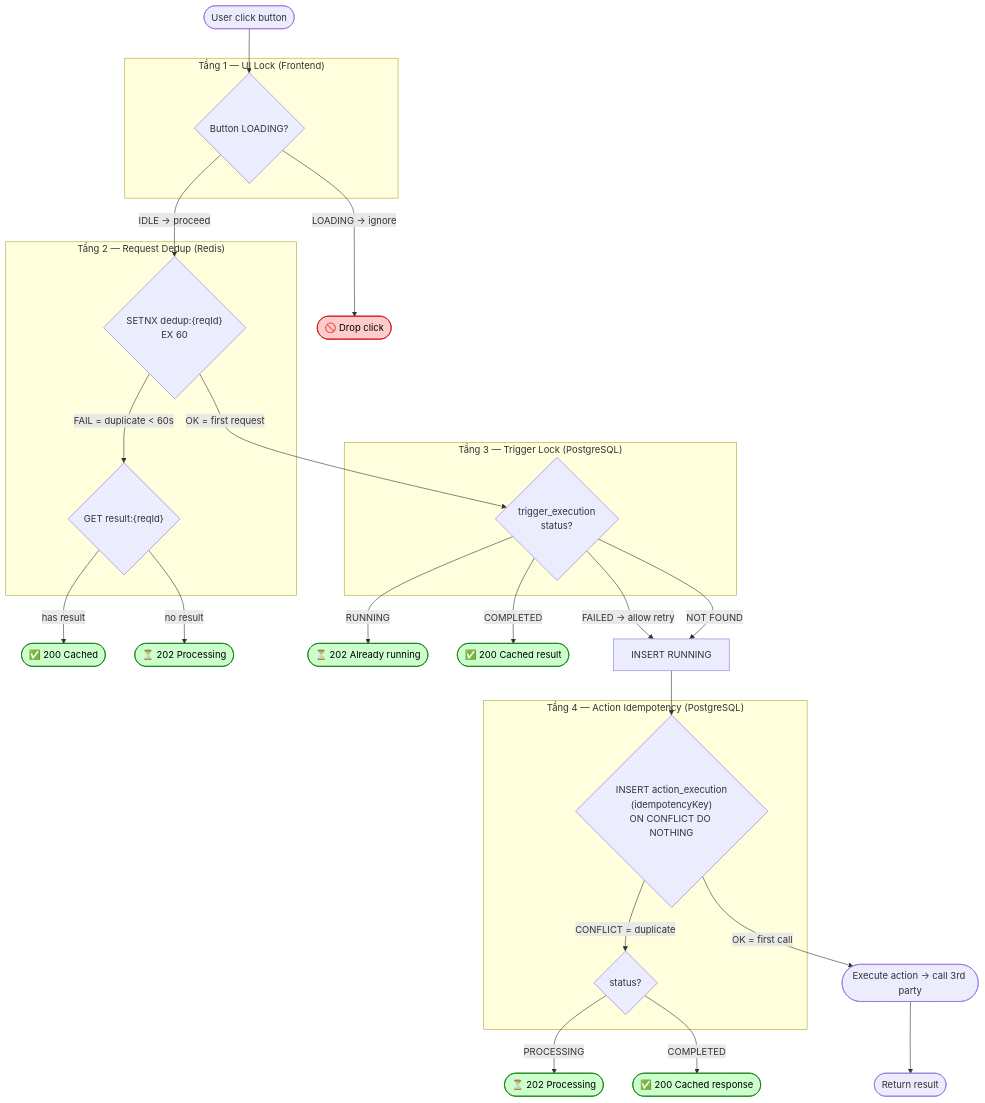
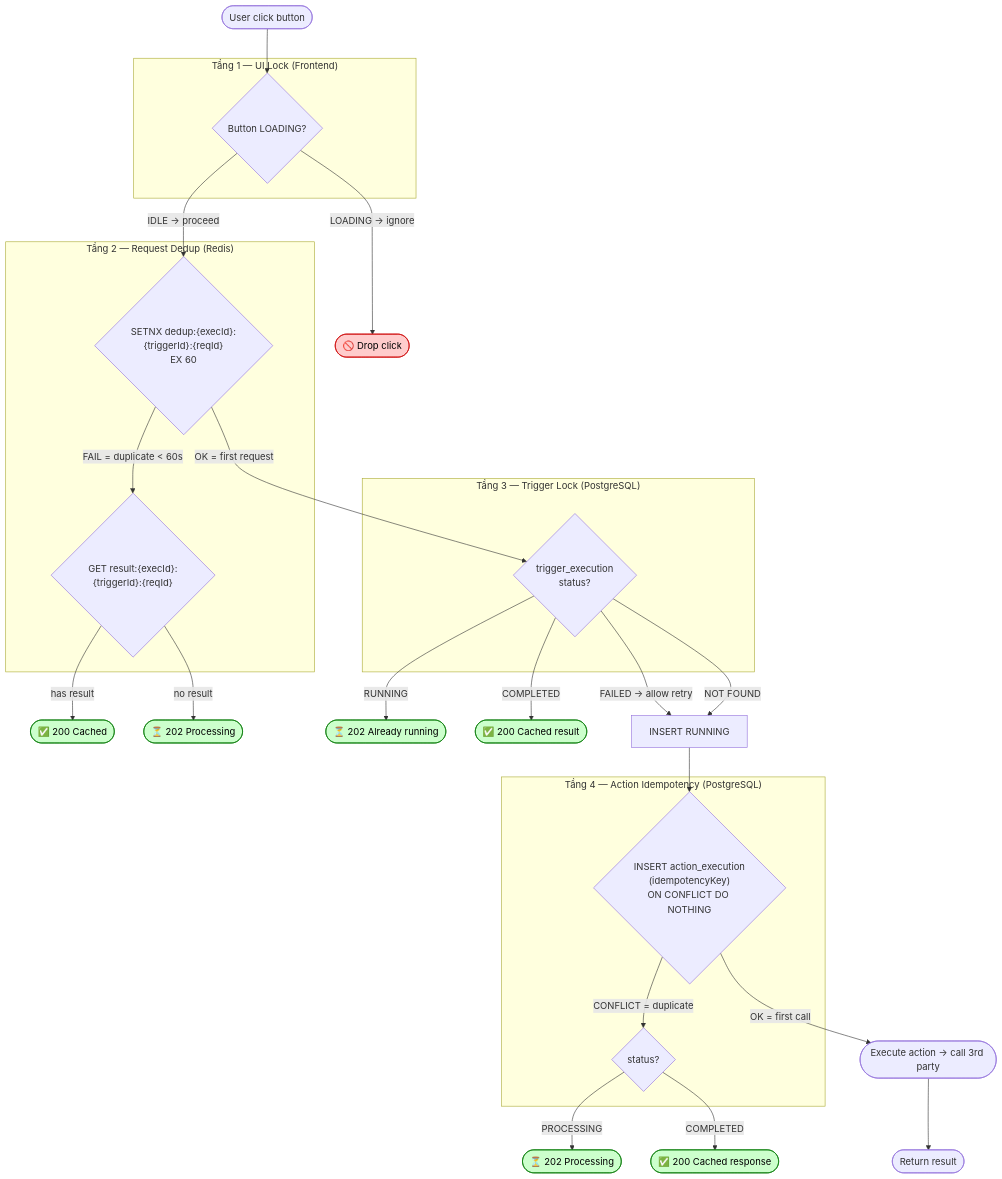
One commit to minhvip08/console changed the seventh of 17 diagrams in docs/flow.md. Above: the diagram before and after it, drawn with Mermaid. The commit also changed other lines of this file and 55 other files, not shown here.

````diff
--- a/docs/flow.md
+++ b/docs/flow.md
@@ -366,51 +366,51 @@
 ```mermaid
 flowchart TD
     classDef blocked fill:#ffcccc,stroke:#cc0000,color:#000
     classDef pass    fill:#ccffcc,stroke:#007700,color:#000
     classDef layer   fill:#e8f4fd,stroke:#1a73e8,color:#000
 
     START([User click button])
 
     subgraph L1["Tầng 1 — UI Lock (Frontend)"]
         T1{Button LOADING?}
     end
 
     subgraph L2["Tầng 2 — Request Dedup (Redis)"]
-        T2{"SETNX dedup:{reqId}\nEX 60"}
-        T2b{"GET result:{reqId}"}
+        T2{"SETNX dedup:{execId}:{triggerId}:{reqId}\nEX 60"}
+        T2b{"GET result:{execId}:{triggerId}:{reqId}"}
     end
 
     subgraph L3["Tầng 3 — Trigger Lock (PostgreSQL)"]
         T3{trigger_execution\nstatus?}
     end
 
     subgraph L4["Tầng 4 — Action Idempotency (PostgreSQL)"]
         T4{"INSERT action_execution\n(idempotencyKey)\nON CONFLICT DO NOTHING"}
         T4b{status?}
     end
 
     EXEC([Execute action → call 3rd party])
     DONE([Return result])
 
     START --> T1
     T1 -->|"LOADING → ignore"| BLOCKED1([🚫 Drop click]):::blocked
     T1 -->|"IDLE → proceed"| T2
 
     T2 -->|"FAIL = duplicate < 60s"| T2b
     T2b -->|"has result"| CACHED1([✅ 200 Cached]):::pass
     T2b -->|"no result"| PROC1([⏳ 202 Processing]):::pass
     T2 -->|"OK = first request"| T3
 
     T3 -->|"RUNNING"| PROC2([⏳ 202 Already running]):::pass
     T3 -->|"COMPLETED"| CACHED2([✅ 200 Cached result]):::pass
     T3 -->|"FAILED → allow retry"| T3_insert[INSERT RUNNING]
     T3 -->|"NOT FOUND"| T3_insert
     T3_insert --> T4
 
     T4 -->|"CONFLICT = duplicate"| T4b
     T4b -->|"PROCESSING"| PROC3([⏳ 202 Processing]):::pass
     T4b -->|"COMPLETED"| CACHED3([✅ 200 Cached response]):::pass
     T4 -->|"OK = first call"| EXEC
 
     EXEC --> DONE
 ```
````
